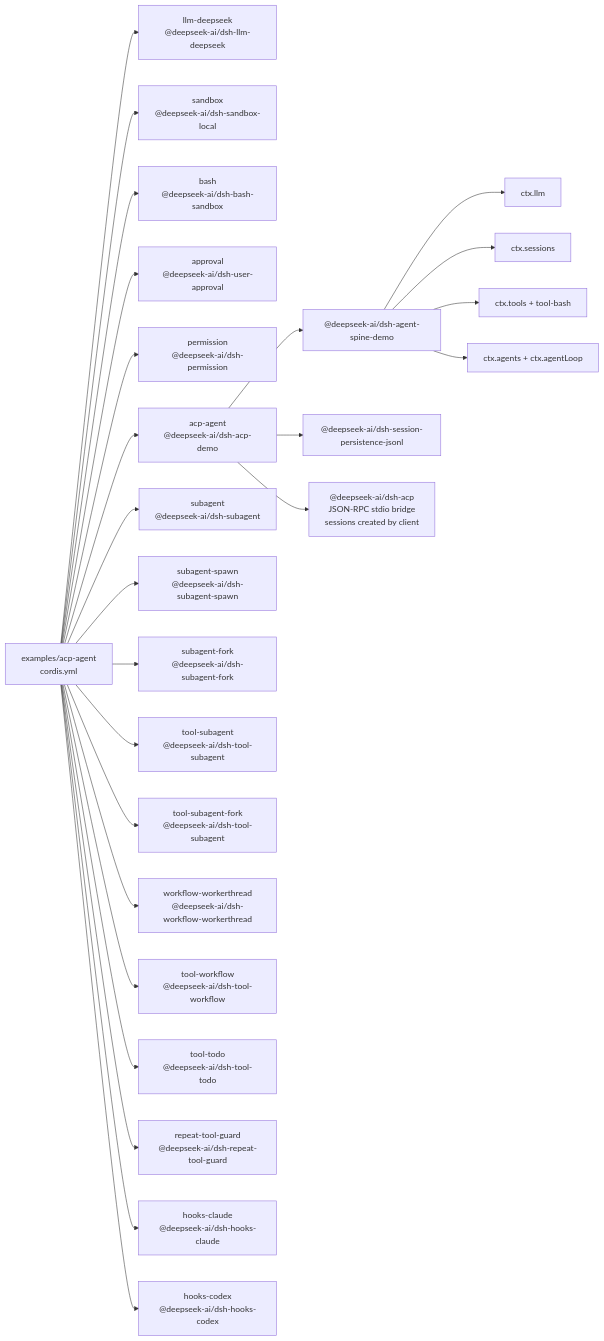
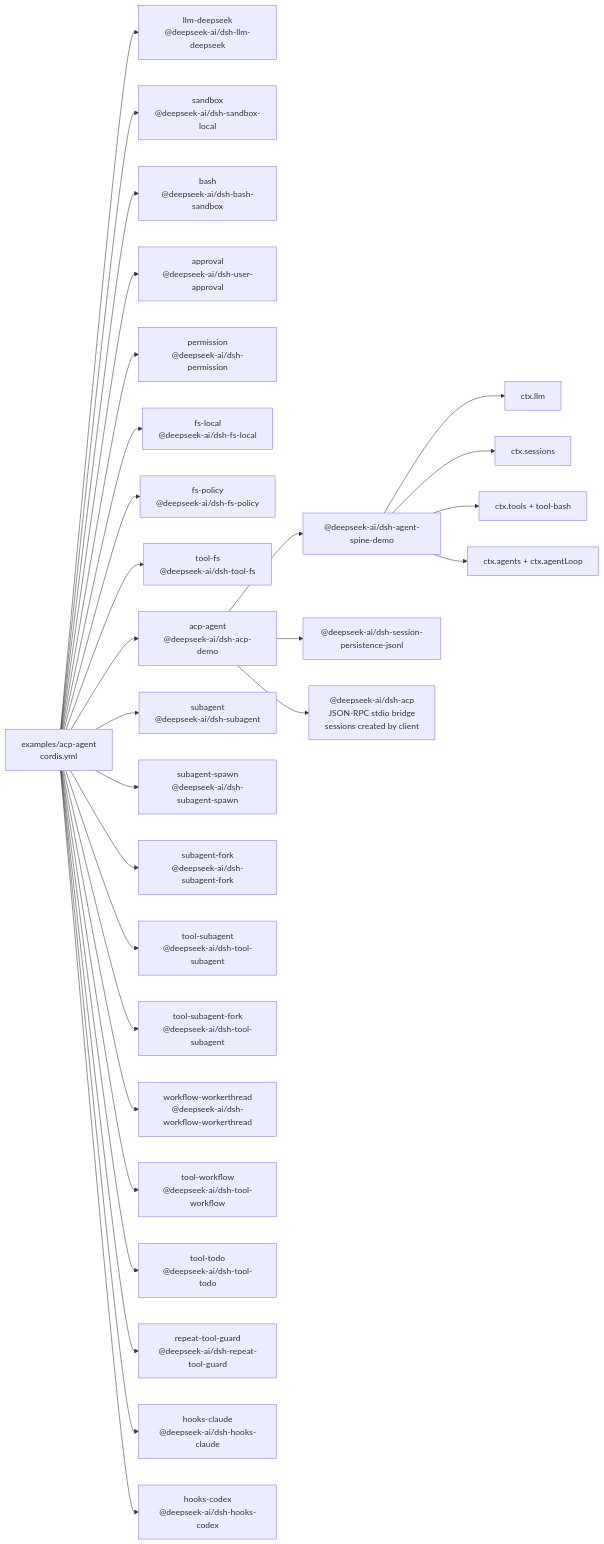
The diagram in examples/acp-agent/composition.md (007M7/DeepCode), drawn with Mermaid before and after one commit. The commit also changed other lines of this file and 21 other files, not shown here.

````diff
--- a/examples/acp-agent/composition.md
+++ b/examples/acp-agent/composition.md
@@ -8,45 +8,51 @@
 ```mermaid
 flowchart LR
   cfg["examples/acp-agent<br/>cordis.yml"]
   plugin_acp_llm_deepseek["llm-deepseek<br/>@deepseek-ai/dsh-llm-deepseek"]
   cfg --> plugin_acp_llm_deepseek
   plugin_acp_sandbox["sandbox<br/>@deepseek-ai/dsh-sandbox-local"]
   cfg --> plugin_acp_sandbox
   plugin_acp_bash["bash<br/>@deepseek-ai/dsh-bash-sandbox"]
   cfg --> plugin_acp_bash
   plugin_acp_approval["approval<br/>@deepseek-ai/dsh-user-approval"]
   cfg --> plugin_acp_approval
   plugin_acp_permission["permission<br/>@deepseek-ai/dsh-permission"]
   cfg --> plugin_acp_permission
+  plugin_acp_fs_local["fs-local<br/>@deepseek-ai/dsh-fs-local"]
+  cfg --> plugin_acp_fs_local
+  plugin_acp_fs_policy["fs-policy<br/>@deepseek-ai/dsh-fs-policy"]
+  cfg --> plugin_acp_fs_policy
+  plugin_acp_tool_fs["tool-fs<br/>@deepseek-ai/dsh-tool-fs"]
+  cfg --> plugin_acp_tool_fs
   plugin_acp_acp_agent["acp-agent<br/>@deepseek-ai/dsh-acp-demo"]
   cfg --> plugin_acp_acp_agent
   plugin_acp_acp_agent --> bundle_agent_core["@deepseek-ai/dsh-agent-spine-demo"]
   plugin_acp_acp_agent --> bundle_jsonl["@deepseek-ai/dsh-session-persistence-jsonl"]
   plugin_acp_acp_agent --> frontdoor_acp["@deepseek-ai/dsh-acp<br/>JSON-RPC stdio bridge<br/>sessions created by client"]
   bundle_agent_core --> spine_llm["ctx.llm"]
   bundle_agent_core --> spine_sessions["ctx.sessions"]
   bundle_agent_core --> spine_tools["ctx.tools + tool-bash"]
   bundle_agent_core --> spine_loop["ctx.agents + ctx.agentLoop"]
   plugin_acp_subagent["subagent<br/>@deepseek-ai/dsh-subagent"]
   cfg --> plugin_acp_subagent
   plugin_acp_subagent_spawn["subagent-spawn<br/>@deepseek-ai/dsh-subagent-spawn"]
   cfg --> plugin_acp_subagent_spawn
   plugin_acp_subagent_fork["subagent-fork<br/>@deepseek-ai/dsh-subagent-fork"]
   cfg --> plugin_acp_subagent_fork
   plugin_acp_tool_subagent["tool-subagent<br/>@deepseek-ai/dsh-tool-subagent"]
   cfg --> plugin_acp_tool_subagent
   plugin_acp_tool_subagent_fork["tool-subagent-fork<br/>@deepseek-ai/dsh-tool-subagent"]
   cfg --> plugin_acp_tool_subagent_fork
   plugin_acp_workflow_workerthread["workflow-workerthread<br/>@deepseek-ai/dsh-workflow-workerthread"]
   cfg --> plugin_acp_workflow_workerthread
   plugin_acp_tool_workflow["tool-workflow<br/>@deepseek-ai/dsh-tool-workflow"]
   cfg --> plugin_acp_tool_workflow
   plugin_acp_tool_todo["tool-todo<br/>@deepseek-ai/dsh-tool-todo"]
   cfg --> plugin_acp_tool_todo
   plugin_acp_repeat_tool_guard["repeat-tool-guard<br/>@deepseek-ai/dsh-repeat-tool-guard"]
   cfg --> plugin_acp_repeat_tool_guard
   plugin_acp_hooks_claude["hooks-claude<br/>@deepseek-ai/dsh-hooks-claude"]
   cfg --> plugin_acp_hooks_claude
   plugin_acp_hooks_codex["hooks-codex<br/>@deepseek-ai/dsh-hooks-codex"]
   cfg --> plugin_acp_hooks_codex
 ```
````
